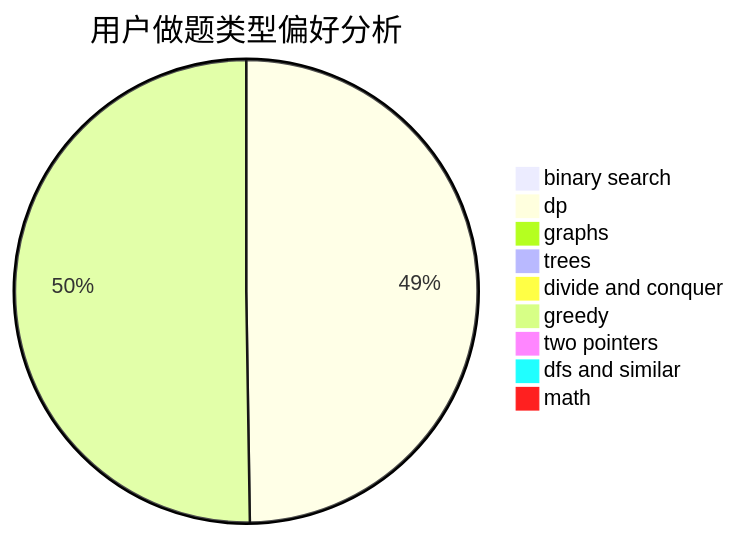
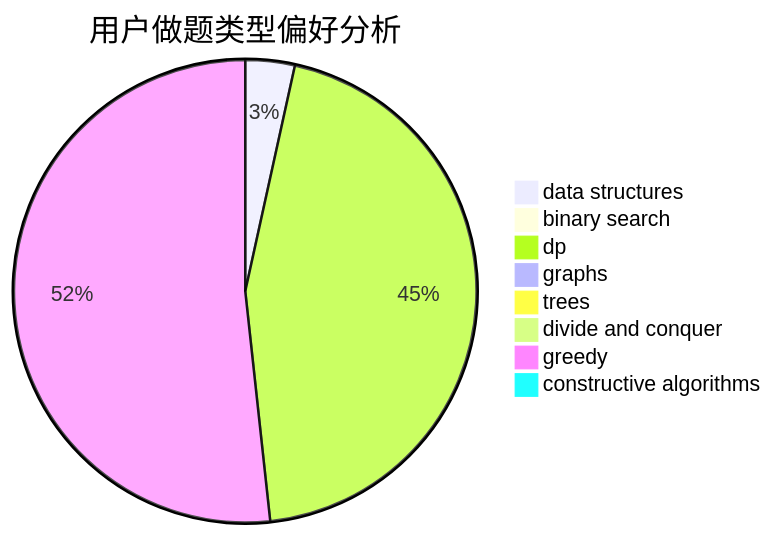
One commit to sherpahu/cfrs.github.io changed the second of 3 diagrams in docs/user/u2191.md. Above: the diagram before and after it, drawn with Mermaid. The commit also changed other lines of this file and 2775 other files, not shown here.

````diff
--- a/docs/user/u2191.md
+++ b/docs/user/u2191.md
@@ -23,12 +23,11 @@
 ```mermaid
 pie title 用户做题类型偏好分析
-    "binary search" :  3
-    "dp" :  199
+    "data structures" :  2
+    "binary search" :  0
+    "dp" :  26
     "graphs" :  0
-    "trees" :  3
+    "trees" :  0
     "divide and conquer" :  0
-    "greedy" :  201
-    "two pointers" :  0
-    "dfs and similar" :  0
-    "math" :  0
+    "greedy" :  30
+    "constructive algorithms" :  0
 ```
````
